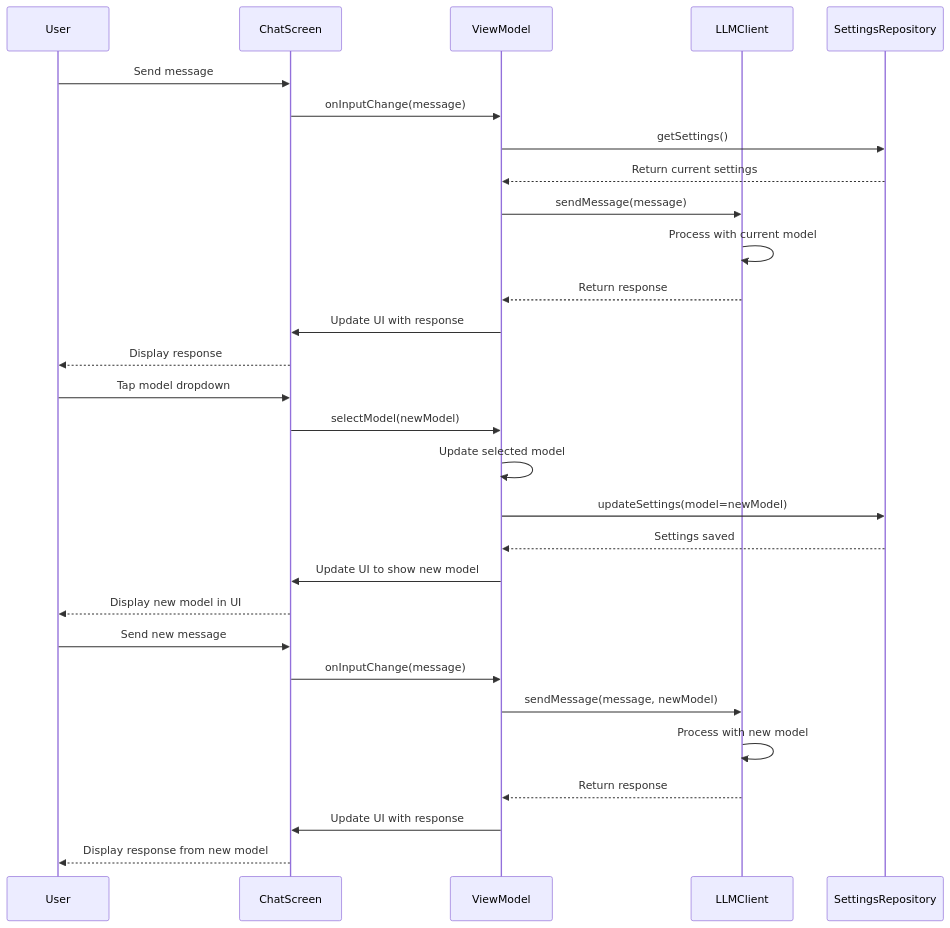
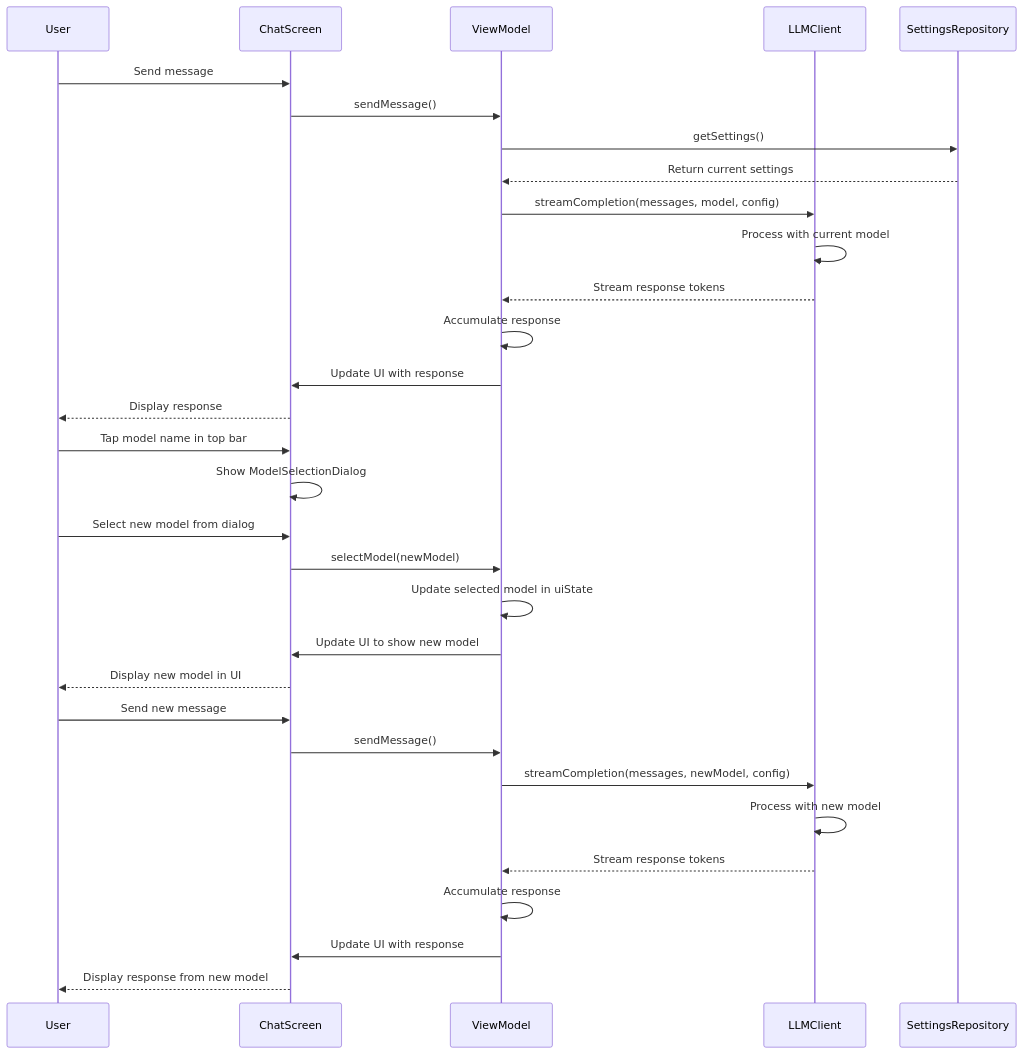
Before and after one commit to lehoang318/buddy: the tenth of 10 diagrams in docs/seq_chat.md, drawn with Mermaid. The commit also changed other lines of this file and 7 other files, not shown here.

````diff
--- a/docs/seq_chat.md
+++ b/docs/seq_chat.md
@@ -255,34 +262,36 @@
 ```mermaid
 sequenceDiagram
     participant User
     participant ChatScreen
     participant ViewModel
     participant LLMClient
     participant SettingsRepository
 
     User->>ChatScreen: Send message
-    ChatScreen->>ViewModel: onInputChange(message)
+    ChatScreen->>ViewModel: sendMessage()
     ViewModel->>SettingsRepository: getSettings()
     SettingsRepository-->>ViewModel: Return current settings
-    ViewModel->>LLMClient: sendMessage(message)
+    ViewModel->>LLMClient: streamCompletion(messages, model, config)
     LLMClient->>LLMClient: Process with current model
-    LLMClient-->>ViewModel: Return response
+    LLMClient-->>ViewModel: Stream response tokens
+    ViewModel->>ViewModel: Accumulate response
     ViewModel->>ChatScreen: Update UI with response
     ChatScreen-->>User: Display response
 
-    User->>ChatScreen: Tap model dropdown
+    User->>ChatScreen: Tap model name in top bar
+    ChatScreen->>ChatScreen: Show ModelSelectionDialog
+    User->>ChatScreen: Select new model from dialog
     ChatScreen->>ViewModel: selectModel(newModel)
-    ViewModel->>ViewModel: Update selected model
-    ViewModel->>SettingsRepository: updateSettings(model=newModel)
-    SettingsRepository-->>ViewModel: Settings saved
+    ViewModel->>ViewModel: Update selected model in uiState
     ViewModel->>ChatScreen: Update UI to show new model
     ChatScreen-->>User: Display new model in UI
 
     User->>ChatScreen: Send new message
-    ChatScreen->>ViewModel: onInputChange(message)
-    ViewModel->>LLMClient: sendMessage(message, newModel)
+    ChatScreen->>ViewModel: sendMessage()
+    ViewModel->>LLMClient: streamCompletion(messages, newModel, config)
     LLMClient->>LLMClient: Process with new model
-    LLMClient-->>ViewModel: Return response
+    LLMClient-->>ViewModel: Stream response tokens
+    ViewModel->>ViewModel: Accumulate response
     ViewModel->>ChatScreen: Update UI with response
     ChatScreen-->>User: Display response from new model
 ```
````
